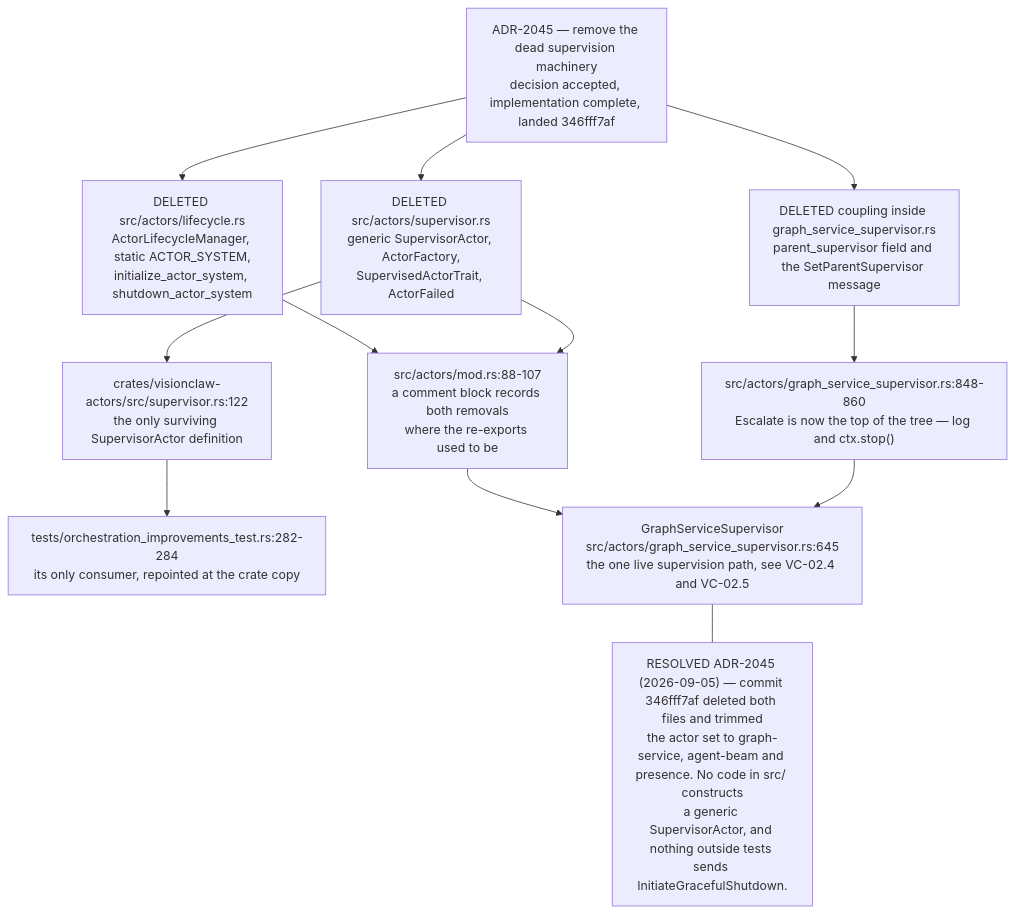
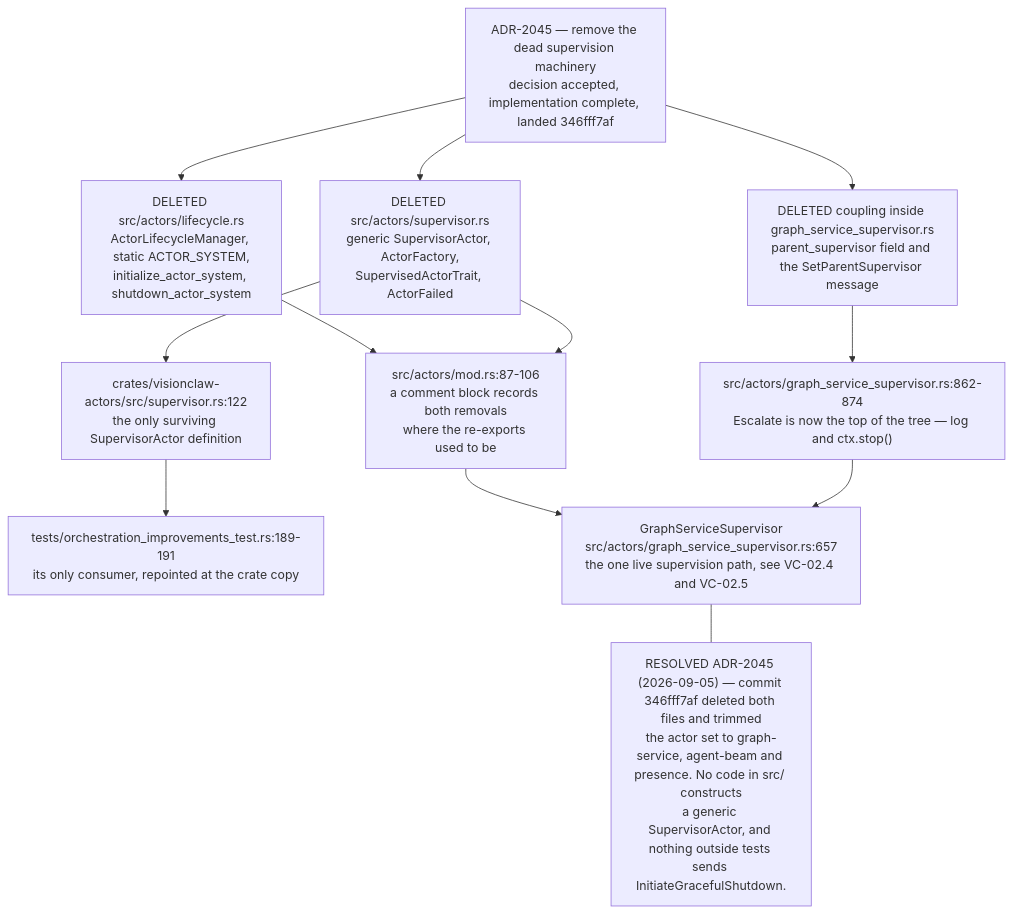
The seventh of 14 diagrams in docs/diagrams/visionclaw/02-actor-supervision.md (DreamLab-AI/VisionFlow), drawn with Mermaid before and after one commit. The commit also changed other lines of this file and 7 other files, not shown here.

````diff
--- a/docs/diagrams/visionclaw/02-actor-supervision.md
+++ b/docs/diagrams/visionclaw/02-actor-supervision.md
@@ -278,26 +277,26 @@
 ```mermaid
 flowchart TB
     ADR["ADR-2045 — remove the dead supervision machinery<br/>decision accepted, implementation complete, landed 346fff7af"]
     LIFE["DELETED src/actors/lifecycle.rs<br/>ActorLifecycleManager, static ACTOR_SYSTEM,<br/>initialize_actor_system, shutdown_actor_system"]
     SUP["DELETED src/actors/supervisor.rs<br/>generic SupervisorActor, ActorFactory,<br/>SupervisedActorTrait, ActorFailed"]
     COUP["DELETED coupling inside graph_service_supervisor.rs<br/>parent_supervisor field and the SetParentSupervisor message"]
-    MOD["src/actors/mod.rs:88-107<br/>a comment block records both removals<br/>where the re-exports used to be"]
-    ESC["src/actors/graph_service_supervisor.rs:848-860<br/>Escalate is now the top of the tree — log and ctx.stop()"]
+    MOD["src/actors/mod.rs:87-106<br/>a comment block records both removals<br/>where the re-exports used to be"]
+    ESC["src/actors/graph_service_supervisor.rs:862-874<br/>Escalate is now the top of the tree — log and ctx.stop()"]
     CRATE["crates/visionclaw-actors/src/supervisor.rs:122<br/>the only surviving SupervisorActor definition"]
-    TEST["tests/orchestration_improvements_test.rs:282-284<br/>its only consumer, repointed at the crate copy"]
-    LIVE["GraphServiceSupervisor<br/>src/actors/graph_service_supervisor.rs:645<br/>the one live supervision path, see VC-02.4 and VC-02.5"]
+    TEST["tests/orchestration_improvements_test.rs:189-191<br/>its only consumer, repointed at the crate copy"]
+    LIVE["GraphServiceSupervisor<br/>src/actors/graph_service_supervisor.rs:657<br/>the one live supervision path, see VC-02.4 and VC-02.5"]
 
     ADR --> LIFE
     ADR --> SUP
     ADR --> COUP
     LIFE --> MOD
     SUP --> MOD
     SUP --> CRATE
     CRATE --> TEST
     COUP --> ESC
     MOD --> LIVE
     ESC --> LIVE
 
     N1["RESOLVED ADR-2045 (2026-09-05) — commit 346fff7af deleted both files and trimmed<br/>the actor set to graph-service, agent-beam and presence. No code in src/ constructs<br/>a generic SupervisorActor, and nothing outside tests sends InitiateGracefulShutdown."]
     LIVE --- N1
 ```
````
